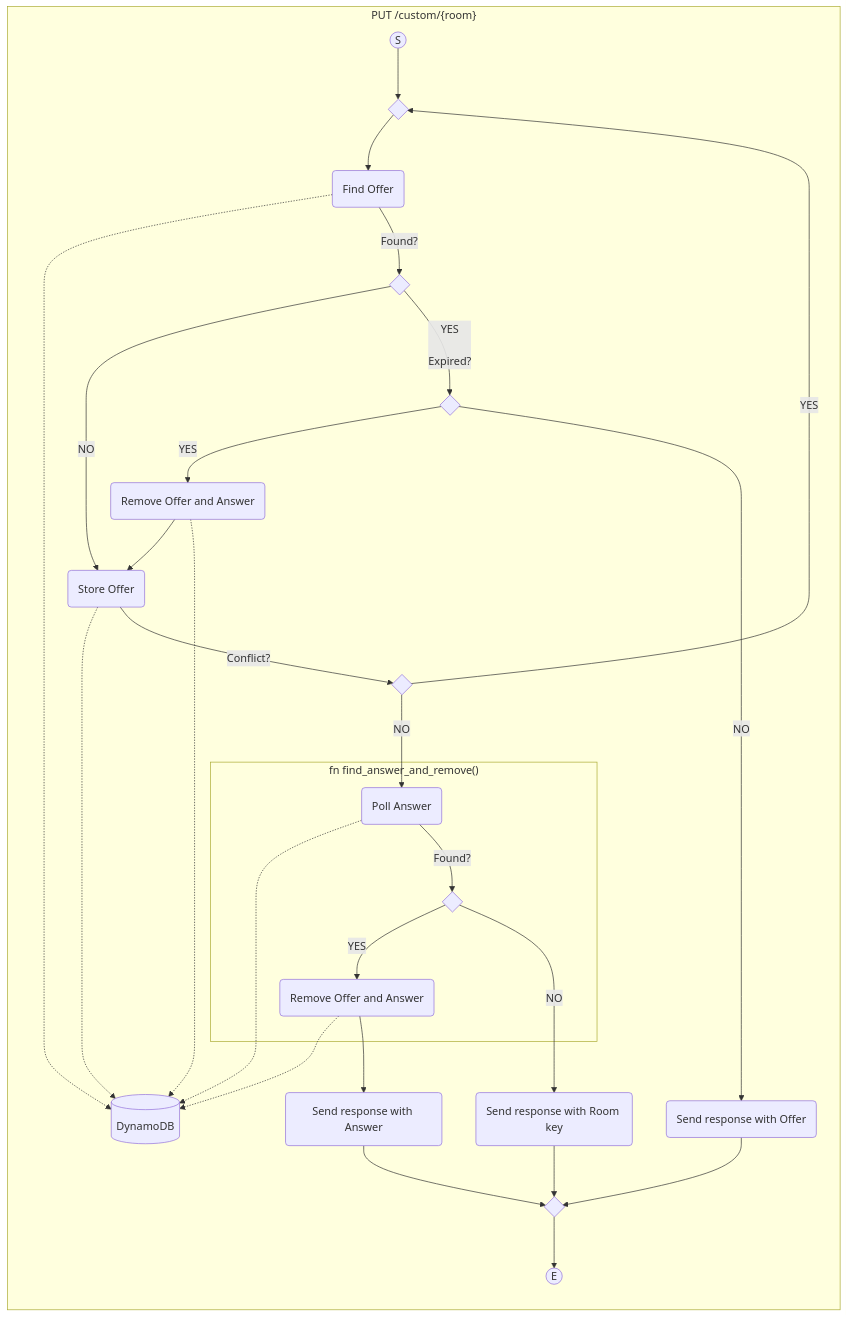
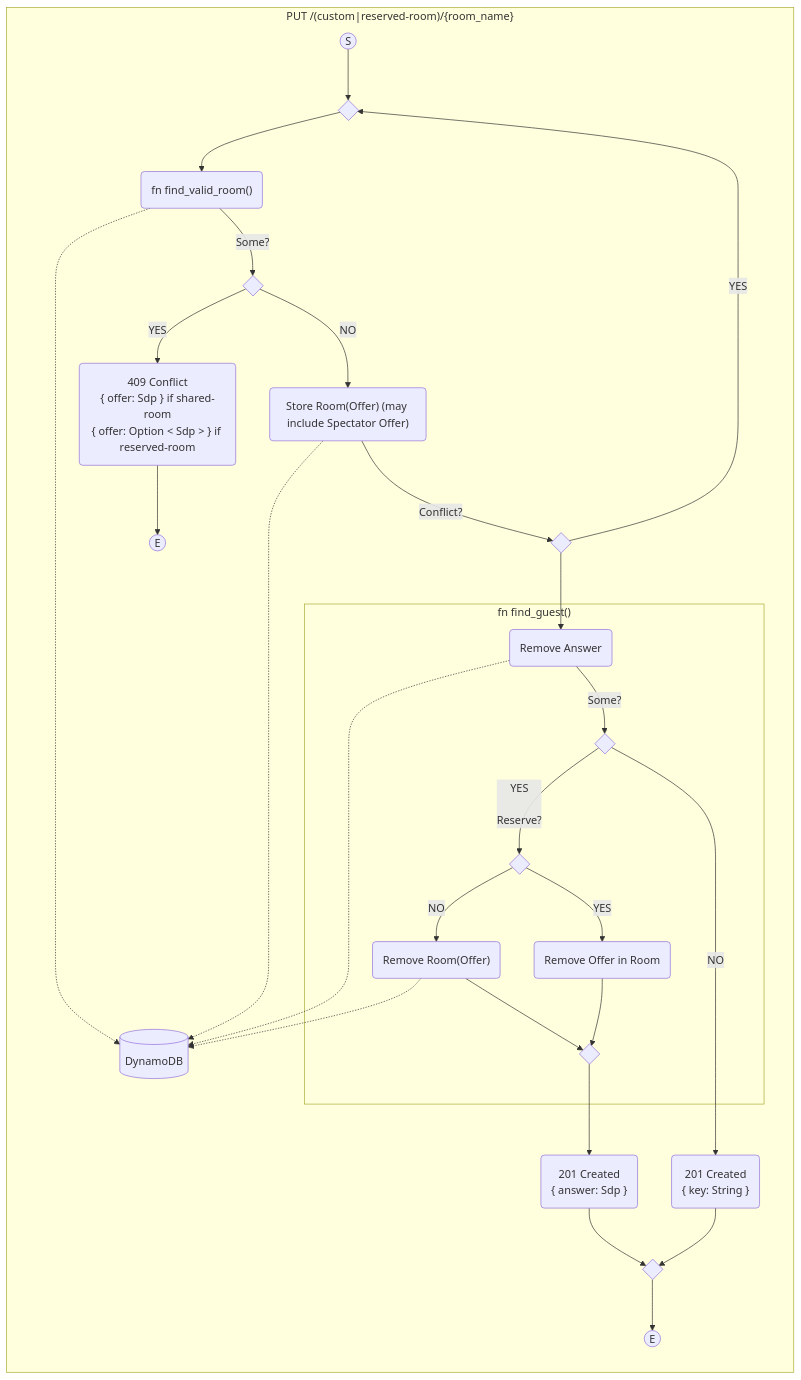
One commit to progre/junowen changed the second of 8 diagrams in junowen-server/docs/activity-diagrams.md. Above: the diagram before and after it, drawn with Mermaid. The commit also changed other lines of this file and 5 other files, not shown here.

Commit message:
refactor(junowen-server): SharedRoom

````diff
--- a/junowen-server/docs/activity-diagrams.md
+++ b/junowen-server/docs/activity-diagrams.md
@@ -6,45 +39,46 @@
 ```mermaid
 flowchart TB
   DB[(DynamoDB)]
   0065 -.-> DB
 
-  subgraph 0000 ["PUT /custom/{room}"]
+  subgraph 0000 ["PUT /(custom|reserved-room)/{room_name}"]
     direction TB
     0001((S))
     0001 --> 0005{ }
-    0005 --> 0010(Find Offer)
+    0005 --> 0010("fn find_valid_room()")
     0010 -.-> DB
-    0010 -- Found? --> 0020{ }
-
-    0020 -- NO --> 0050(Store Offer)
+    0010 -- Some? --> 0015{ }
+      0015 -- YES --> 0020("409 Conflict<br>{ offer: Sdp } if shared-room<br>{ offer: Option < Sdp > } if reserved-room")
+      0020 --> 0125((E))
+      %% return
+    0015 -- NO --> 0050("Store Room(Offer) (may include Spectator Offer)")
     0050 -.-> DB
     0050 -- Conflict? --> 0055{ }
 
     0055 -- YES --> 0005
 
-    0055 -- NO --> 0065(Poll Answer)
-    subgraph "fn find_answer_and_remove()"
-      0065 -- Found? --> 0070{ }
+    0055 --> 0065(Remove Answer)
 
-      0070 -- YES --> 0100(Remove Offer and Answer)
+    0100 -.-> DB
+    subgraph "fn find_guest()"
+      0065 -- Some? --> 0070{ }
+        0070 -- YES<br><br>Reserve? --> 0072{ }
+          0072 -- NO --> 0100("Remove Room(Offer)")
+          0100 --> 0079{ }
+          %% goto
+        %% else
+          0072 -- YES --> 0074("Remove Offer in Room")
+          0074 --> 0079{ }
+          %% goto
+      %% else
+        %% goto
     end
-    0100 -.-> DB
-    0100 --> 0110(Send response with Answer)
-    0110 --> 0998
+    0079 --> 0110("201 Created<br>{ answer: Sdp }")
+    0110 --> 0998{ }
 
-    0020 -- YES<br><br>Expired? --> 0120{ }
-
-    0120 -- YES --> 0130(Remove Offer and Answer)
-    0130 --> 0050
-    0130 -.-> DB
-
-    0070 -- NO --> 0080(Send response with Room key)
+    0070 -- NO --> 0080("201 Created<br>{ key: String }")
     0080 --> 0998
-
-    0120 -- NO --> 0030(Send response with Offer)
-
-    0030 --> 0998{ }
 
     0998 --> 0999((E))
   end
 ```
````
